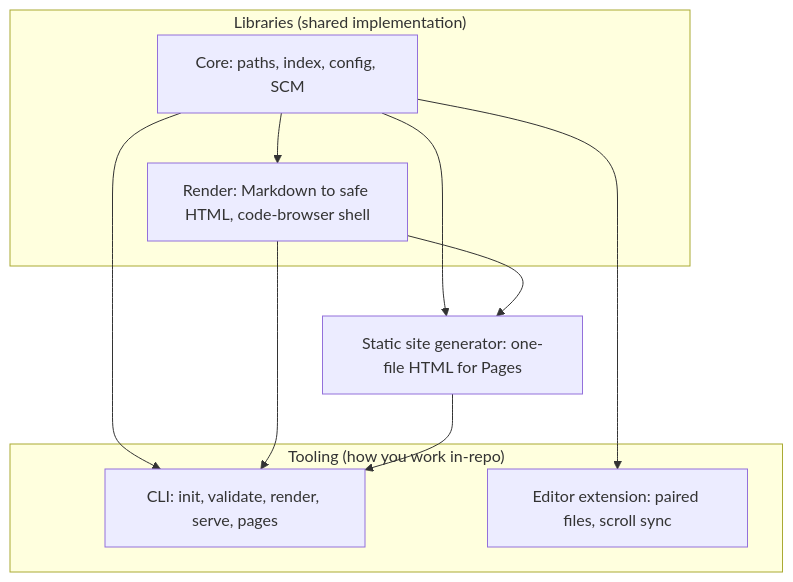
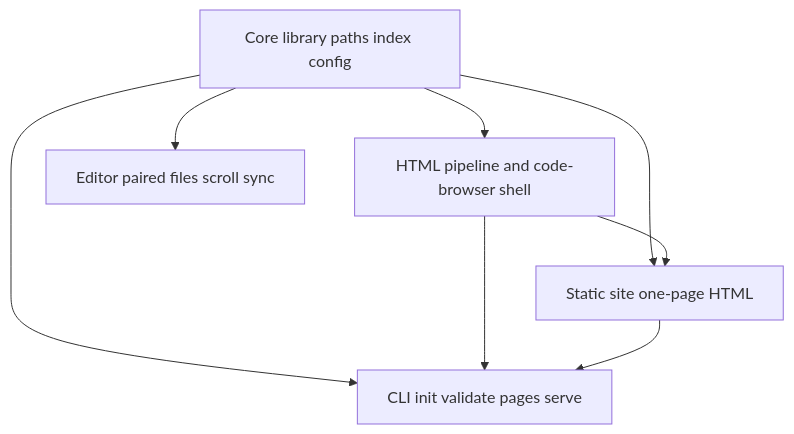
The diagram in .commentray/source/README.md/main.md (d-led/commentray), drawn with Mermaid before and after one commit. The commit also changed 16 other files, not shown here.

````diff
--- a/.commentray/source/README.md/main.md
+++ b/.commentray/source/README.md/main.md
@@ -49,22 +49,16 @@
 ```mermaid
 flowchart TB
-  subgraph libs["Libraries (shared implementation)"]
-    core["Core: paths, index, config, SCM"]
-    render["Render: Markdown to safe HTML, code-browser shell"]
-  end
+  nCore["Core library paths index config"]
+  nHtml["HTML pipeline and code-browser shell"]
+  nSsg["Static site one-page HTML"]
+  nCli["CLI init validate pages serve"]
+  nExt["Editor paired files scroll sync"]
 
-  subgraph surfaces["Tooling (how you work in-repo)"]
-    cli["CLI: init, validate, render, serve, pages"]
-    ext["Editor extension: paired files, scroll sync"]
-  end
-
-  siteGen["Static site generator: one-file HTML for Pages"]
-
-  core --> render
-  core --> siteGen
-  render --> siteGen
-  core --> cli
-  render --> cli
-  siteGen --> cli
-  core --> ext
+  nCore --> nHtml
+  nCore --> nSsg
+  nHtml --> nSsg
+  nCore --> nCli
+  nHtml --> nCli
+  nSsg --> nCli
+  nCore --> nExt
 ```
````
